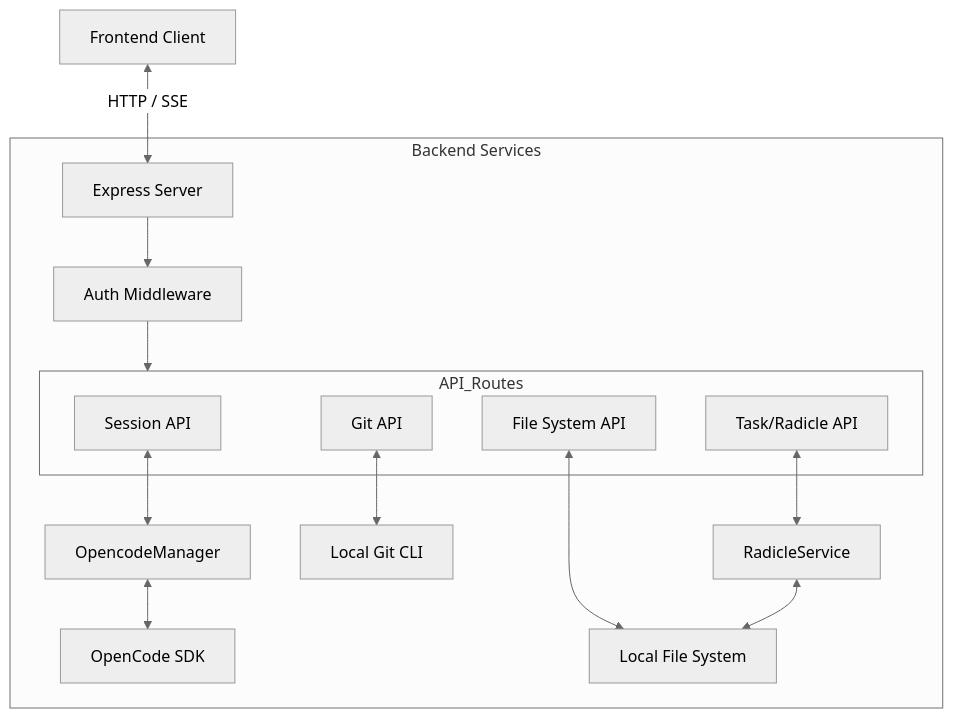
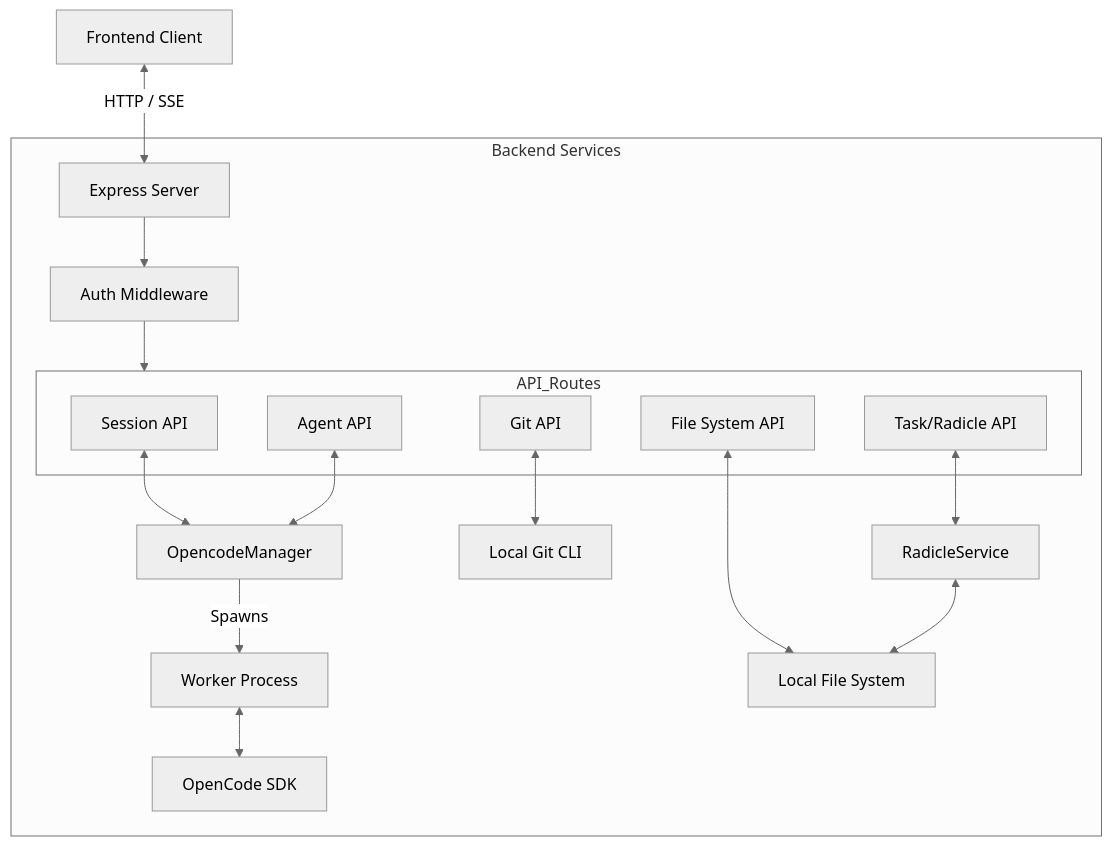
Before and after one commit to HexaField/opencode-web-ui: the first of 2 diagrams in architecture.md, drawn with Mermaid (neutral theme). The commit also changed other lines of this file and 4 other files, not shown here.

Commit message:
feat: spawn per-workspace worker for OpencodeManager; add Agent API/UI, DiffView and Monaco editor; improve Radicle timeouts and server error logging

````diff
--- a/architecture.md
+++ b/architecture.md
@@ -25,26 +25,30 @@
 ```mermaid
 graph TD
     Client[Frontend Client] <-->|HTTP / SSE| Server[Express Server]
 
     subgraph "Backend Services"
         Server --> AuthMiddleware[Auth Middleware]
         AuthMiddleware --> API_Routes
 
         subgraph API_Routes
             SessionAPI[Session API]
             GitAPI[Git API]
             FS_API[File System API]
             TaskAPI[Task/Radicle API]
+            AgentAPI[Agent API]
         end
 
         SessionAPI <--> OpencodeManager
-        OpencodeManager <--> SDK[OpenCode SDK]
+        OpencodeManager -- Spawns --> Worker[Worker Process]
+        Worker <--> SDK[OpenCode SDK]
 
         GitAPI <--> GitCLI[Local Git CLI]
 
         FS_API <--> FileSystem[Local File System]
 
         TaskAPI <--> RadicleService
         RadicleService <--> FileSystem
+
+        AgentAPI <--> OpencodeManager
     end
 ```
````
